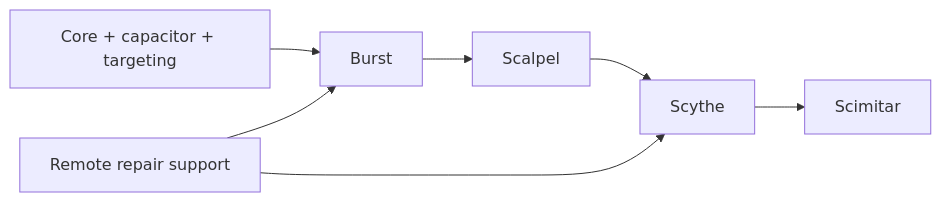
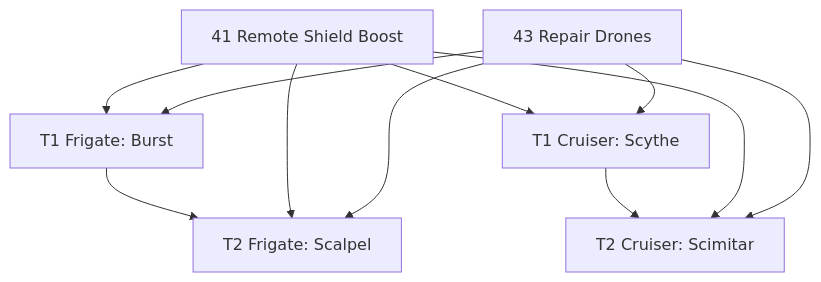
The diagram in training-paths/logistics/minmatar/DIAGRAM-EN.md (Blizbor/EvE-Modular-Skillplans), drawn with Mermaid before and after one commit. The commit also changed 132 other files, not shown here.

````diff
--- a/training-paths/logistics/minmatar/DIAGRAM-EN.md
+++ b/training-paths/logistics/minmatar/DIAGRAM-EN.md
@@ -5,9 +5,13 @@
 ```mermaid
-flowchart LR
-    CORE[Core + capacitor + targeting] --> F1[Burst]
-    F1 --> F2[Scalpel]
-    F2 --> C1[Scythe]
-    C1 --> C2[Scimitar]
-    REP[Remote repair support] --> F1
-    REP --> C1
+flowchart TD
+    F1["T1 Frigate: Burst"] --> F2["T2 Frigate: Scalpel"]
+    C1["T1 Cruiser: Scythe"] --> C2["T2 Cruiser: Scimitar"]
+    R["41 Remote Shield Boost"] --> F1
+    R --> F2
+    R --> C1
+    R --> C2
+    D["43 Repair Drones"] --> F1
+    D --> F2
+    D --> C1
+    D --> C2
 ```
````
